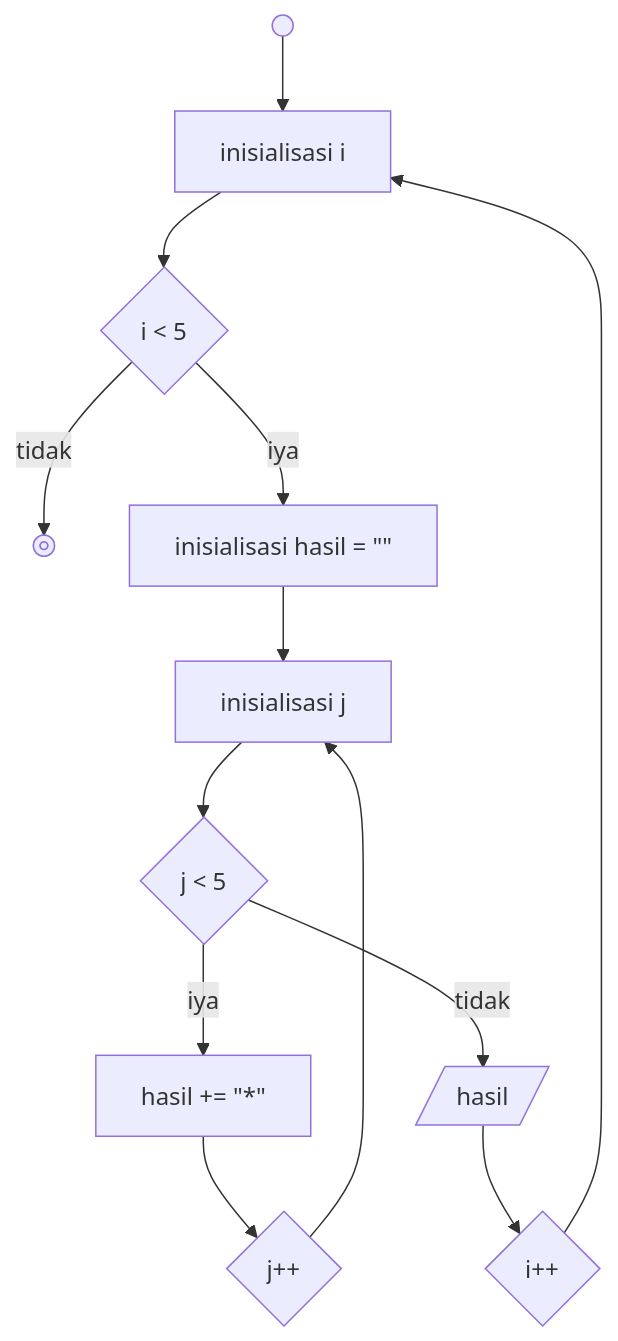
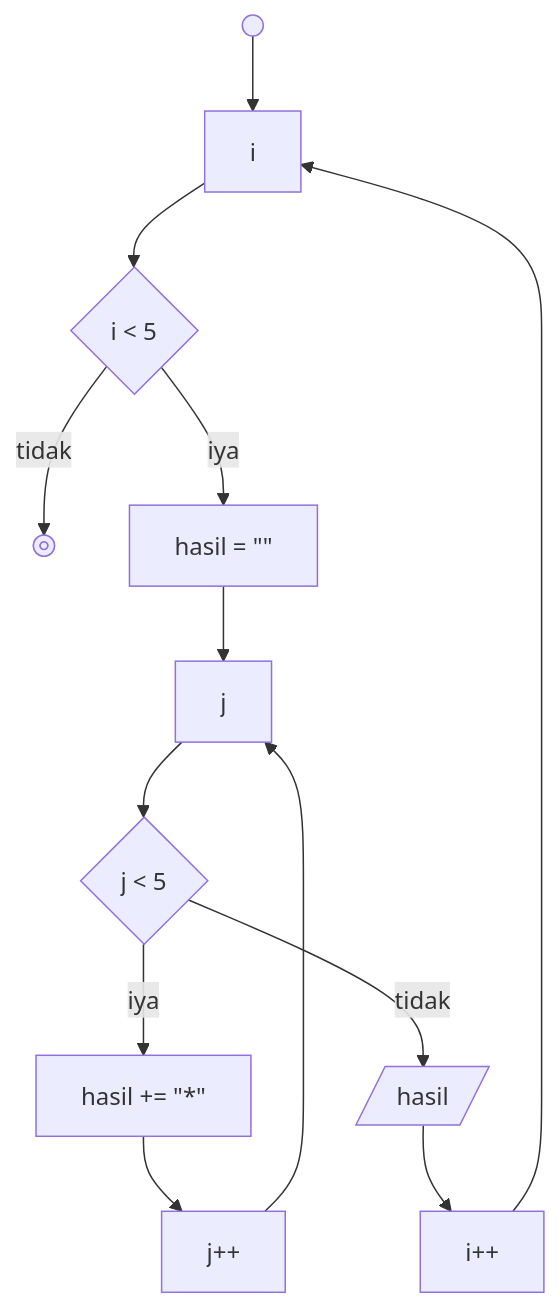
One commit to rizqyazhar/koda-b10-javascript3 changed the diagram in README.md. Above: the diagram before and after it, drawn with Mermaid.

````diff
--- a/README.md
+++ b/README.md
@@ -5,24 +5,24 @@
 ```mermaid
 
 flowchart TD
 
 A@{shape: sm-circ, label: "start"}
 B@{shape: fr-circ, label: "end"}
-C@{shape: rect, label: "inisialisasi i"}
-D@{shape: rect, label: "inisialisasi j"}
-E@{shape: rect, label: "inisialisasi hasil = #quot;#quot;"}
+C@{shape: rect, label: "i"}
+D@{shape: rect, label: "j"}
+E@{shape: rect, label: "hasil = #quot;#quot;"}
 F@{shape: diam, label: "i < 5"}
 G@{shape: diam, label: "j < 5"}
-H@{shape: diam, label: "i++"}
-I@{shape: diam, label: "j++"}
+H@{shape: rect, label: "i++"}
+I@{shape: rect, label: "j++"}
 J@{shape: rect, label: "hasil += #quot;*#quot;"}
 K@{shape: lean-r, label: "hasil"}
 
 A --> C --> F --iya--> E --> D --> G --iya--> J --> I --> D
 G --tidak--> K --> H --> C
 
 F --tidak--> B
 
 
 
 ```
````
